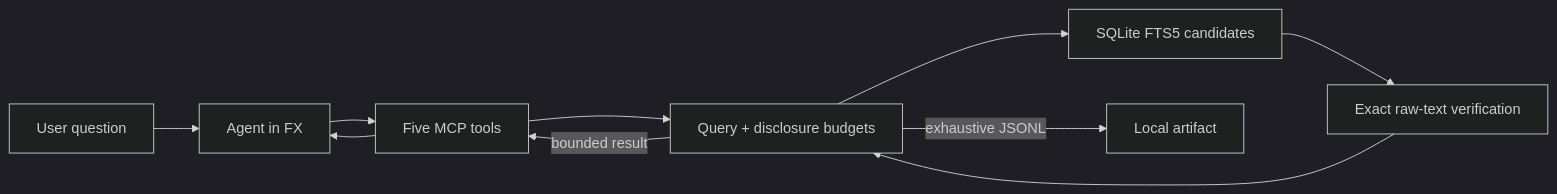
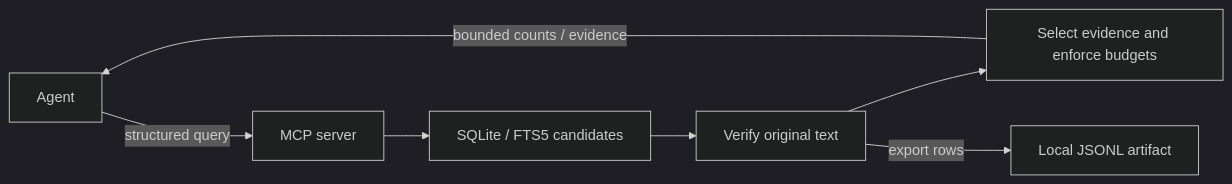
The diagram in README.md (Junnyyy/bounded-retrieval), drawn with Mermaid (dark theme) before and after one commit. The commit also changed other lines of this file and 4 other files, not shown here.

````diff
--- a/README.md
+++ b/README.md
@@ -19,12 +32,9 @@
 ```mermaid
 flowchart LR
-    U["User question"] --> A["Agent in FX"]
-    A --> M["Five MCP tools"]
-    M --> B["Query + disclosure budgets"]
-    B --> S["SQLite FTS5 candidates"]
-    S --> V["Exact raw-text verification"]
-    V --> B
-    B -->|"bounded result"| M
-    M --> A
-    B -->|"exhaustive JSONL"| E["Local artifact"]
+    A["Agent"] -->|"structured query"| S["MCP server"]
+    S --> D["SQLite / FTS5 candidates"]
+    D --> V["Verify original text"]
+    V --> B["Select evidence and enforce budgets"]
+    B -->|"bounded counts / evidence"| A
+    V -->|"export rows"| E["Local JSONL artifact"]
 ```
````
